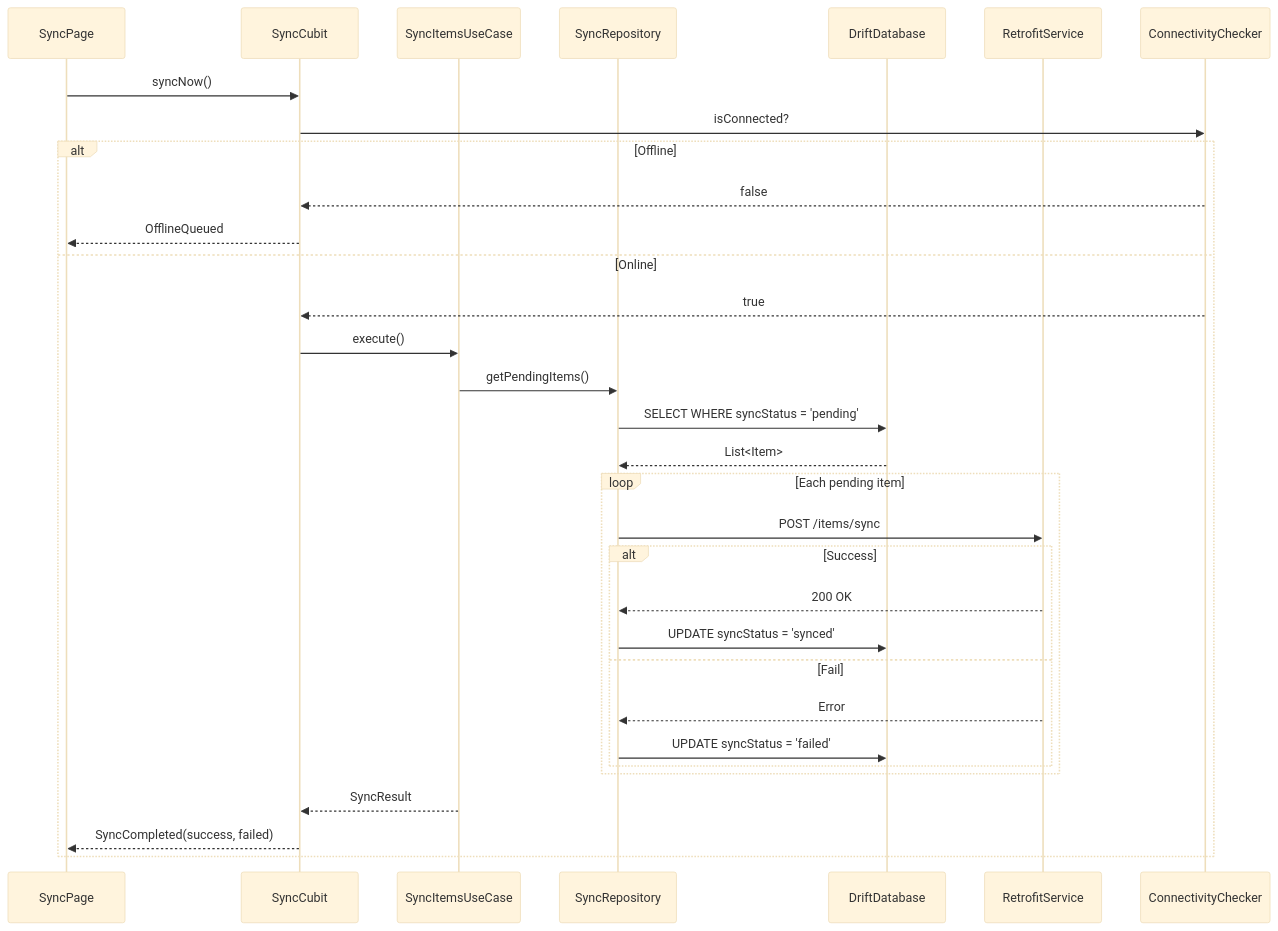
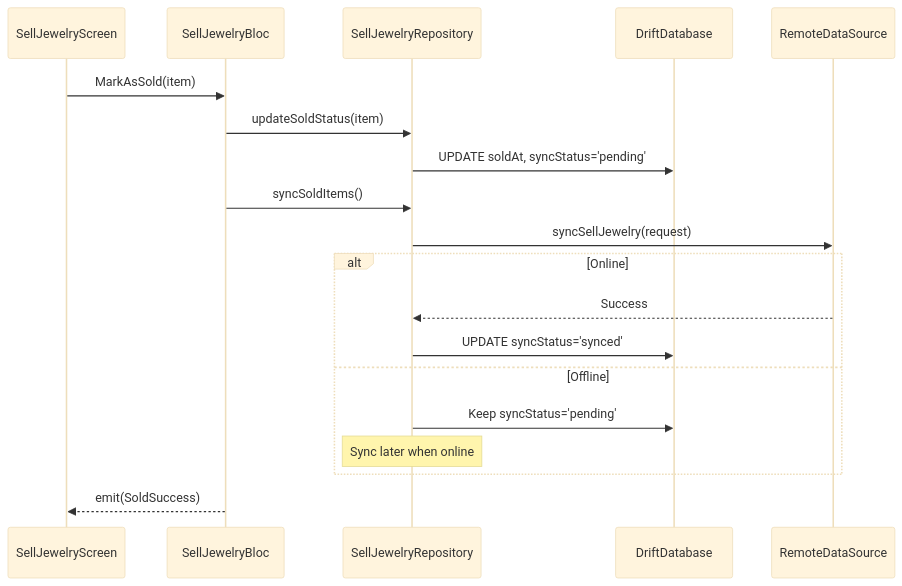
Before and after one commit to tuyen123khac/clean-architecture-todo-app: the fourth of 4 diagrams in README.md, drawn with Mermaid (base theme). The commit also changed other lines of this file, not shown here.

````diff
--- a/README.md
+++ b/README.md
@@ -208,38 +199,24 @@
 ```mermaid
 sequenceDiagram
-    participant UI as SyncPage
-    participant C as SyncCubit
-    participant UC as SyncItemsUseCase
-    participant R as SyncRepository
+    participant UI as SellJewelryScreen
+    participant Bloc as SellJewelryBloc
+    participant Repo as SellJewelryRepository
     participant DB as DriftDatabase
-    participant API as RetrofitService
-    participant Net as ConnectivityChecker
+    participant API as RemoteDataSource
 
-    UI->>C: syncNow()
-    C->>Net: isConnected?
+    UI->>Bloc: MarkAsSold(item)
+    Bloc->>Repo: updateSoldStatus(item)
+    Repo->>DB: UPDATE soldAt, syncStatus='pending'
+    Bloc->>Repo: syncSoldItems()
+    Repo->>API: syncSellJewelry(request)
 
-    alt Offline
-        Net-->>C: false
-        C-->>UI: OfflineQueued
-    else Online
-        Net-->>C: true
-        C->>UC: execute()
-        UC->>R: getPendingItems()
-        R->>DB: SELECT WHERE syncStatus = 'pending'
-        DB-->>R: List<Item>
+    alt Online
+        API-->>Repo: Success
+        Repo->>DB: UPDATE syncStatus='synced'
+    else Offline
+        Repo->>DB: Keep syncStatus='pending'
+        Note over Repo: Sync later when online
+    end
 
-        loop Each pending item
-            R->>API: POST /items/sync
-            alt Success
-                API-->>R: 200 OK
-                R->>DB: UPDATE syncStatus = 'synced'
-            else Fail
-                API-->>R: Error
-                R->>DB: UPDATE syncStatus = 'failed'
-            end
-        end
-
-        UC-->>C: SyncResult
-        C-->>UI: SyncCompleted(success, failed)
-    end
+    Bloc-->>UI: emit(SoldSuccess)
 ```
````
